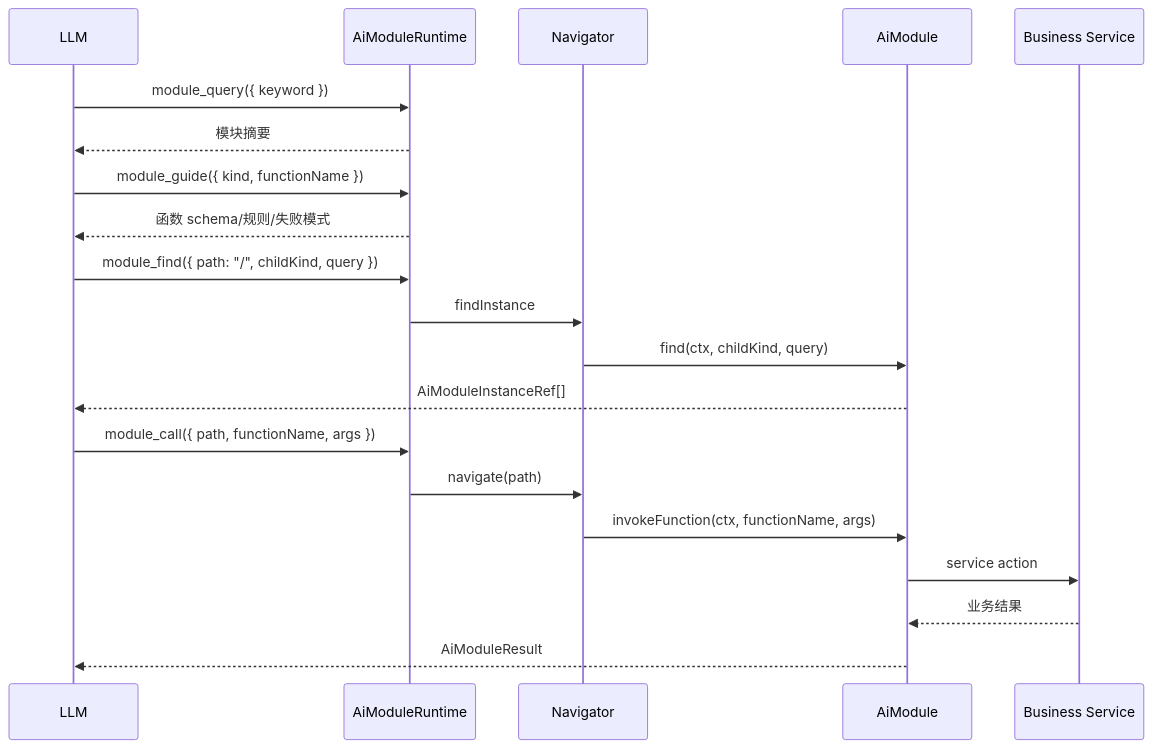
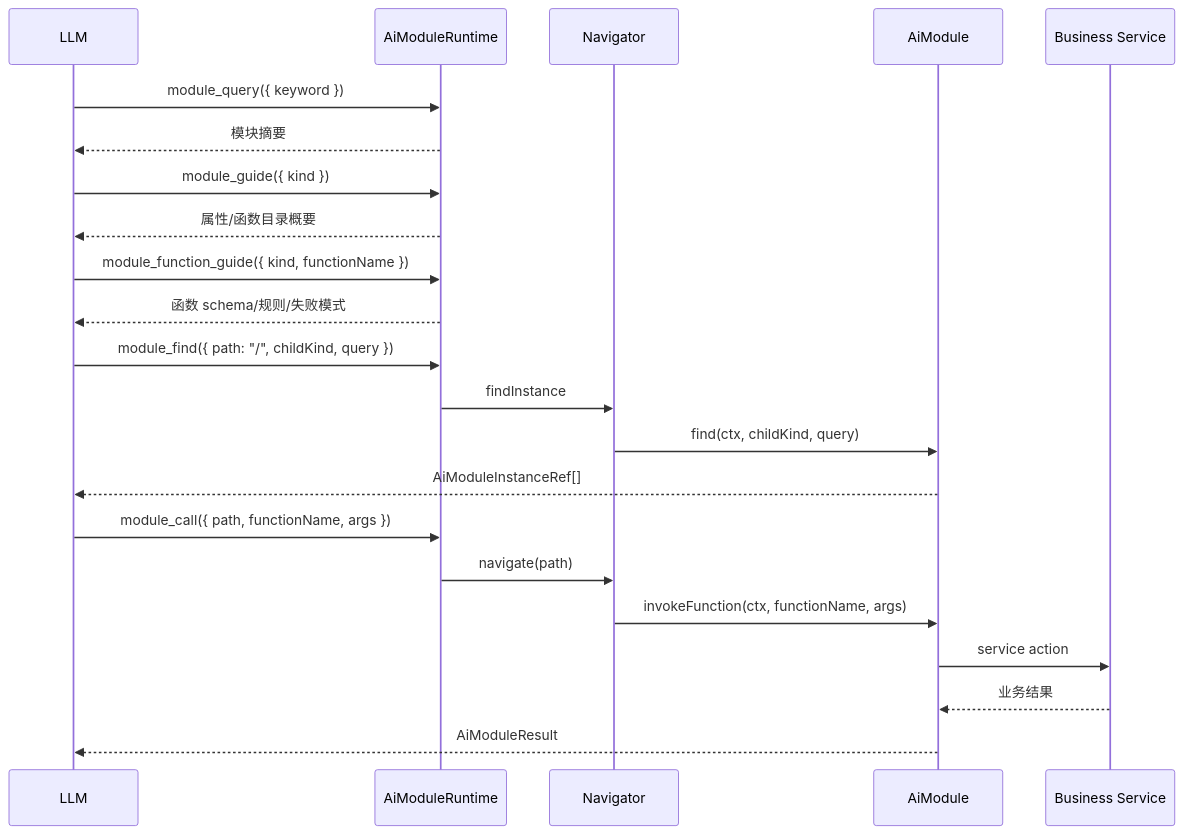
One commit to LMSpark/spark-view-vue changed the fourth of 6 diagrams in docs/ai/spark-ai-registration-usage-guide.md. Above: the diagram before and after it, drawn with Mermaid. The commit also changed other lines of this file and 21 other files, not shown here.

````diff
--- a/docs/ai/spark-ai-registration-usage-guide.md
+++ b/docs/ai/spark-ai-registration-usage-guide.md
@@ -196,23 +198,25 @@
 ```mermaid
 sequenceDiagram
   participant L as LLM
   participant R as AiModuleRuntime
   participant N as Navigator
   participant M as AiModule
   participant S as Business Service
 
   L->>R: module_query({ keyword })
   R-->>L: 模块摘要
-  L->>R: module_guide({ kind, functionName })
+  L->>R: module_guide({ kind })
+  R-->>L: 属性/函数目录概要
+  L->>R: module_function_guide({ kind, functionName })
   R-->>L: 函数 schema/规则/失败模式
   L->>R: module_find({ path: "/", childKind, query })
   R->>N: findInstance
   N->>M: find(ctx, childKind, query)
   M-->>L: AiModuleInstanceRef[]
   L->>R: module_call({ path, functionName, args })
   R->>N: navigate(path)
   N->>M: invokeFunction(ctx, functionName, args)
   M->>S: service action
   S-->>M: 业务结果
   M-->>L: AiModuleResult
 ```
````
